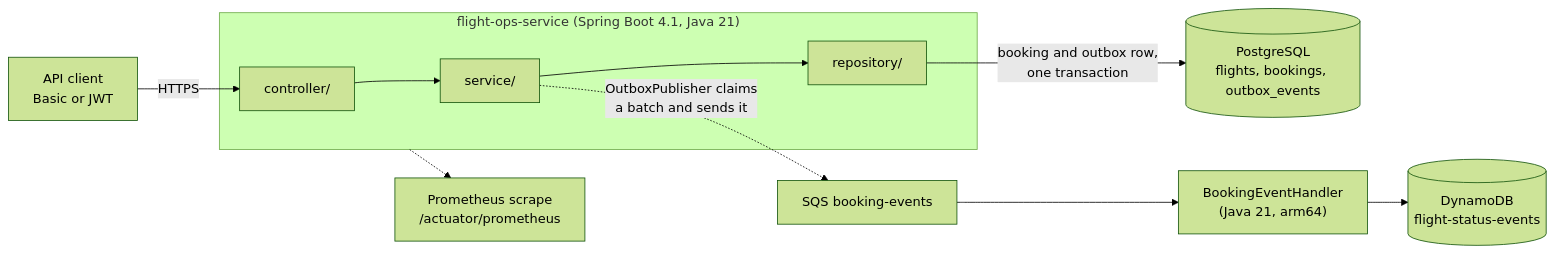
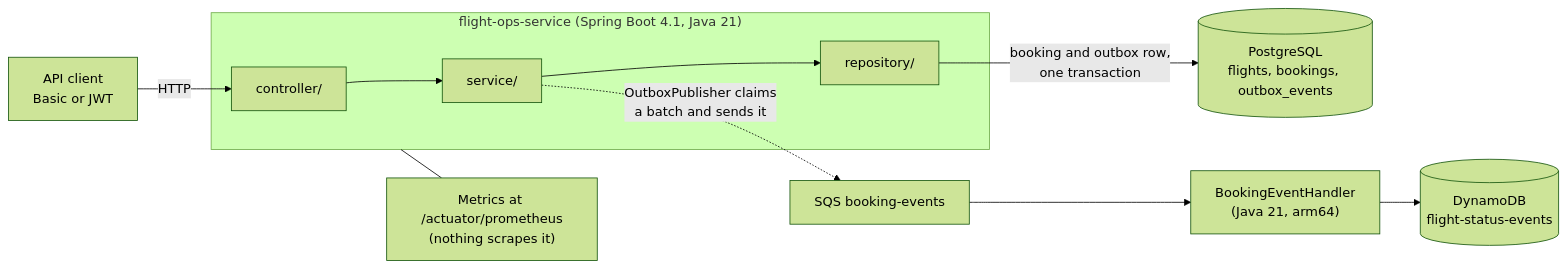
Before and after one commit to smit-lakhani-13/flight-ops-services: the first of 7 diagrams in ARCHITECTURE.md, drawn with Mermaid (forest theme). The commit also changed 6 other files, not shown here.

````diff
--- a/ARCHITECTURE.md
+++ b/ARCHITECTURE.md
@@ -36,20 +36,20 @@
 ```mermaid
 flowchart LR
     client["API client<br/>Basic or JWT"]
     subgraph service["flight-ops-service (Spring Boot 4.1, Java 21)"]
         controller["controller/"]
         svc["service/"]
         repo["repository/"]
     end
     db[("PostgreSQL<br/>flights, bookings, outbox_events")]
     sqs["SQS booking-events"]
     lambda["BookingEventHandler<br/>(Java 21, arm64)"]
     ddb[("DynamoDB<br/>flight-status-events")]
-    prom["Prometheus scrape<br/>/actuator/prometheus"]
+    prom["Metrics at /actuator/prometheus<br/>(nothing scrapes it)"]
 
-    client -->|HTTPS| controller --> svc --> repo
+    client -->|HTTP| controller --> svc --> repo
     repo -->|"booking and outbox row,<br/>one transaction"| db
     svc -.->|"OutboxPublisher claims<br/>a batch and sends it"| sqs
     sqs --> lambda --> ddb
-    service -.-> prom
+    service --- prom
 ```
````
